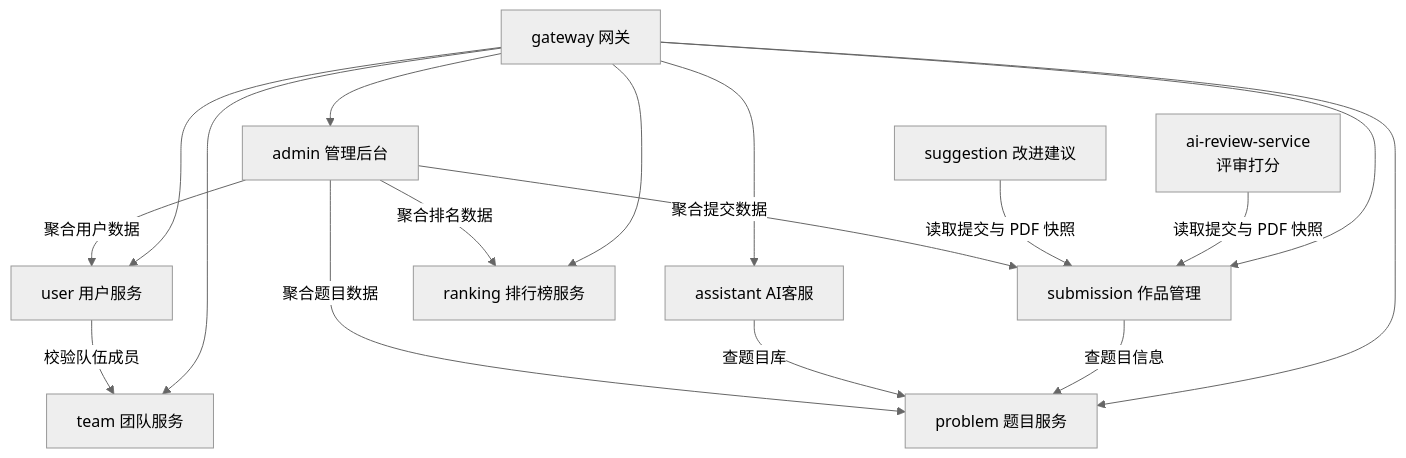
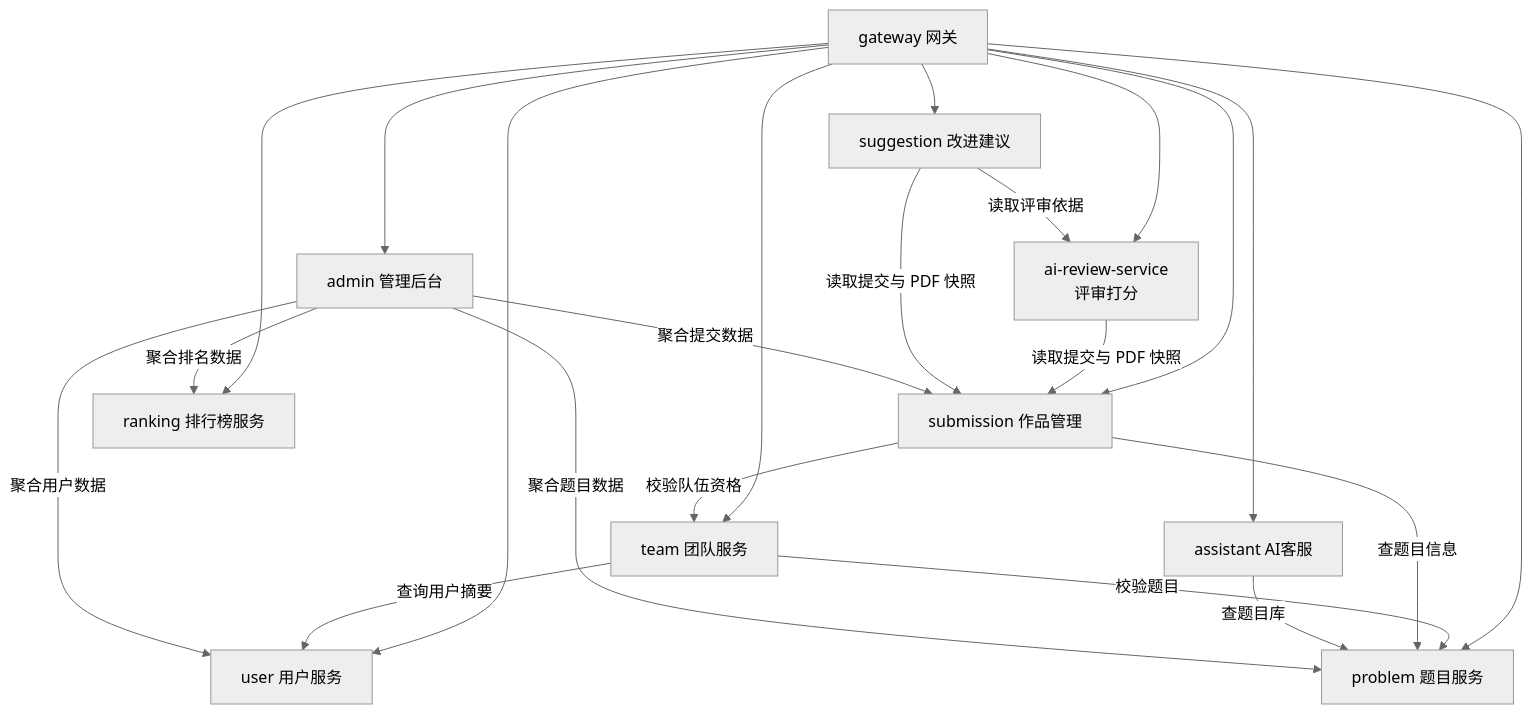
One commit to Dorian7Alden/LeetModel changed the first of 4 diagrams in docs/project/02-架构设计/微服务架构.md. Above: the diagram before and after it, drawn with Mermaid (neutral theme). The commit also changed other lines of this file and 31 other files, not shown here.

````diff
--- a/docs/project/02-架构设计/微服务架构.md
+++ b/docs/project/02-架构设计/微服务架构.md
@@ -93,31 +97,36 @@
 ```mermaid
 graph TD
     GW[gateway 网关]
     USER[user 用户服务]
     TEAM[team 团队服务]
     PROBLEM[problem 题目服务]
     ASSISTANT[assistant AI客服]
     SUBMISSION[submission 作品管理]
     REVIEW[ai-review-service<br/>评审打分]
     SUGGESTION[suggestion 改进建议]
     RANKING[ranking 排行榜服务]
     ADMIN[admin 管理后台]
 
     GW --> USER
     GW --> TEAM
     GW --> PROBLEM
     GW --> ASSISTANT
     GW --> SUBMISSION
+    GW --> REVIEW
+    GW --> SUGGESTION
     GW --> RANKING
     GW --> ADMIN
 
-    USER -->|校验队伍成员| TEAM
+    TEAM -->|查询用户摘要| USER
+    TEAM -->|校验题目| PROBLEM
     SUBMISSION -->|查题目信息| PROBLEM
+    SUBMISSION -->|校验队伍资格| TEAM
     ASSISTANT -->|查题目库| PROBLEM
     REVIEW -->|读取提交与 PDF 快照| SUBMISSION
     SUGGESTION -->|读取提交与 PDF 快照| SUBMISSION
+    SUGGESTION -->|读取评审依据| REVIEW
     ADMIN -->|聚合用户数据| USER
     ADMIN -->|聚合题目数据| PROBLEM
     ADMIN -->|聚合提交数据| SUBMISSION
     ADMIN -->|聚合排名数据| RANKING
 ```
````
